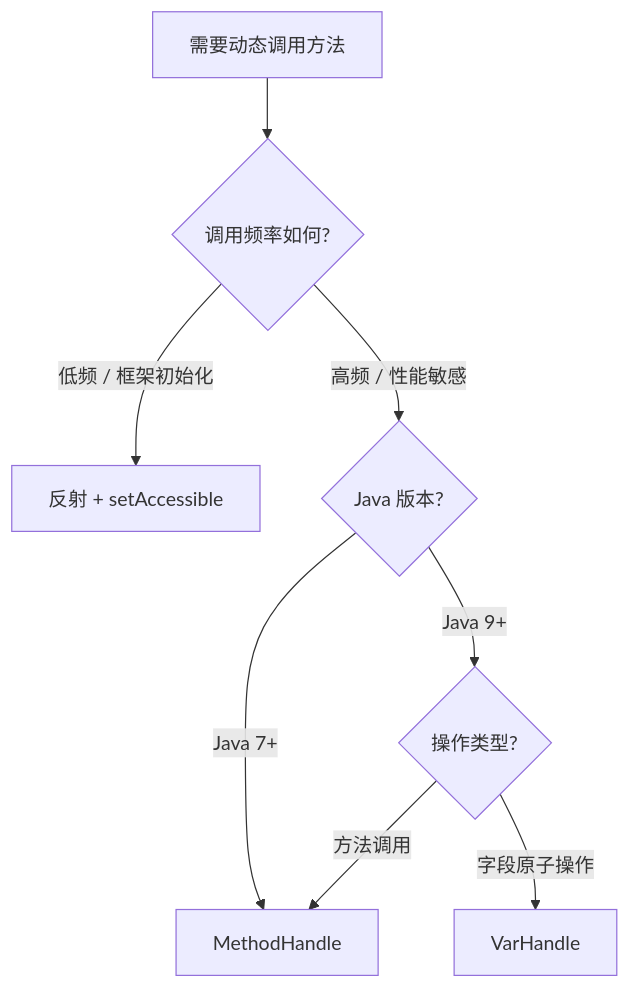
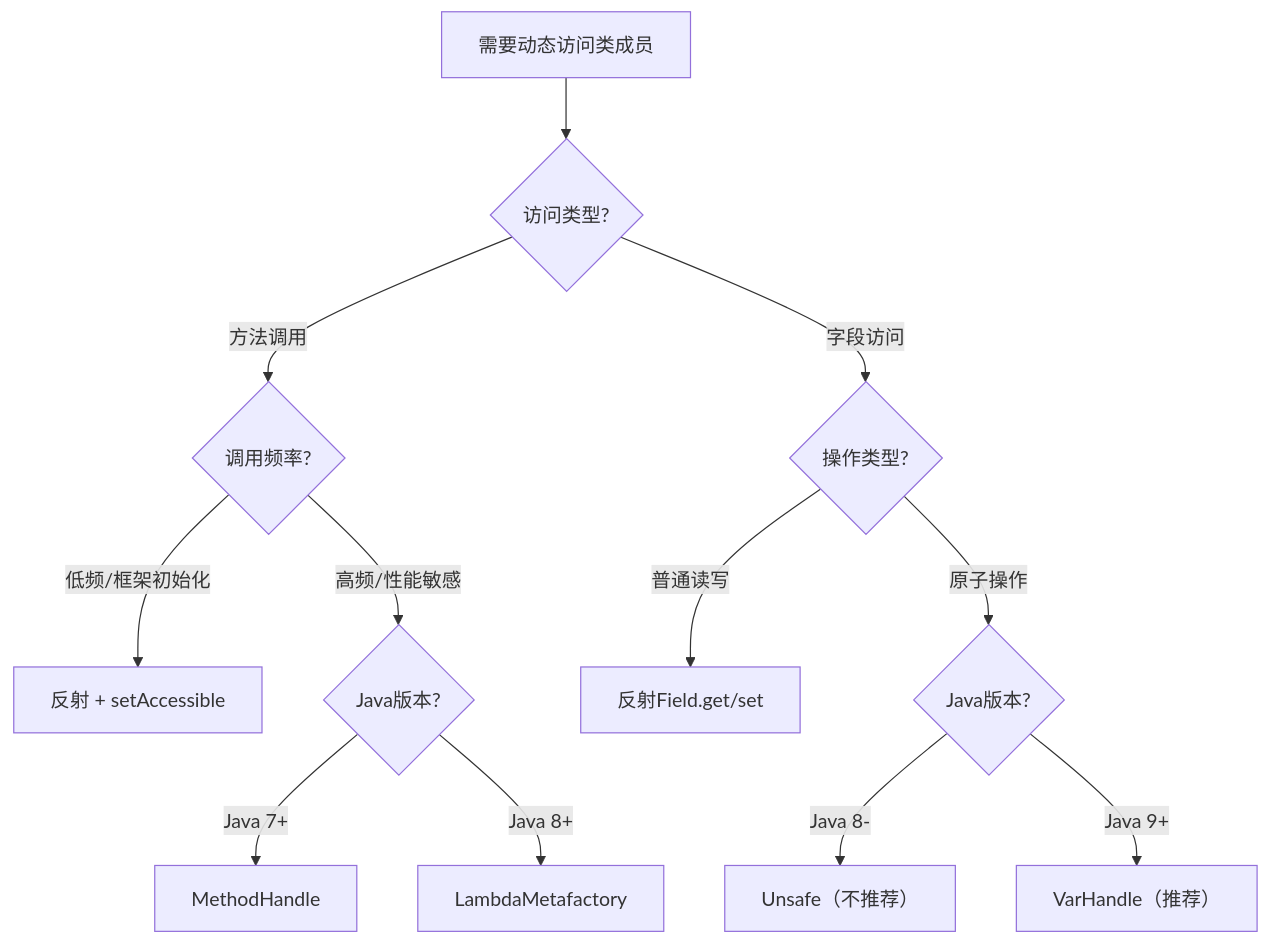
Before and after one commit to b1tzer/b1tzer.github.io: the second of 2 diagrams in docs/01-java-basic/15-反射性能底层原理与MethodHandle.md, drawn with Mermaid. The commit also changed other lines of this file, not shown here.

````diff
--- a/docs/01-java-basic/15-反射性能底层原理与MethodHandle.md
+++ b/docs/01-java-basic/15-反射性能底层原理与MethodHandle.md
@@ -450,10 +630,16 @@
 ```mermaid
 flowchart TD
-    A[需要动态调用方法] --> B{调用频率如何?}
-    B -->|低频 / 框架初始化| C[反射 + setAccessible]
-    B -->|高频 / 性能敏感| D{Java 版本?}
-    D -->|Java 7+| E[MethodHandle]
-    D -->|Java 9+| F{操作类型?}
-    F -->|方法调用| E
-    F -->|字段原子操作| G[VarHandle]
+    A[需要动态访问类成员] --> B{访问类型?}
+    B -->|方法调用| C{调用频率?}
+    B -->|字段访问| D{操作类型?}
+    
+    C -->|低频/框架初始化| E[反射 + setAccessible]
+    C -->|高频/性能敏感| F{Java版本?}
+    F -->|Java 7+| G[MethodHandle]
+    F -->|Java 8+| H[LambdaMetafactory]
+    
+    D -->|普通读写| I[反射Field.get/set]
+    D -->|原子操作| J{Java版本?}
+    J -->|Java 8-| K[Unsafe（不推荐）]
+    J -->|Java 9+| L[VarHandle（推荐）]
 ```
````
